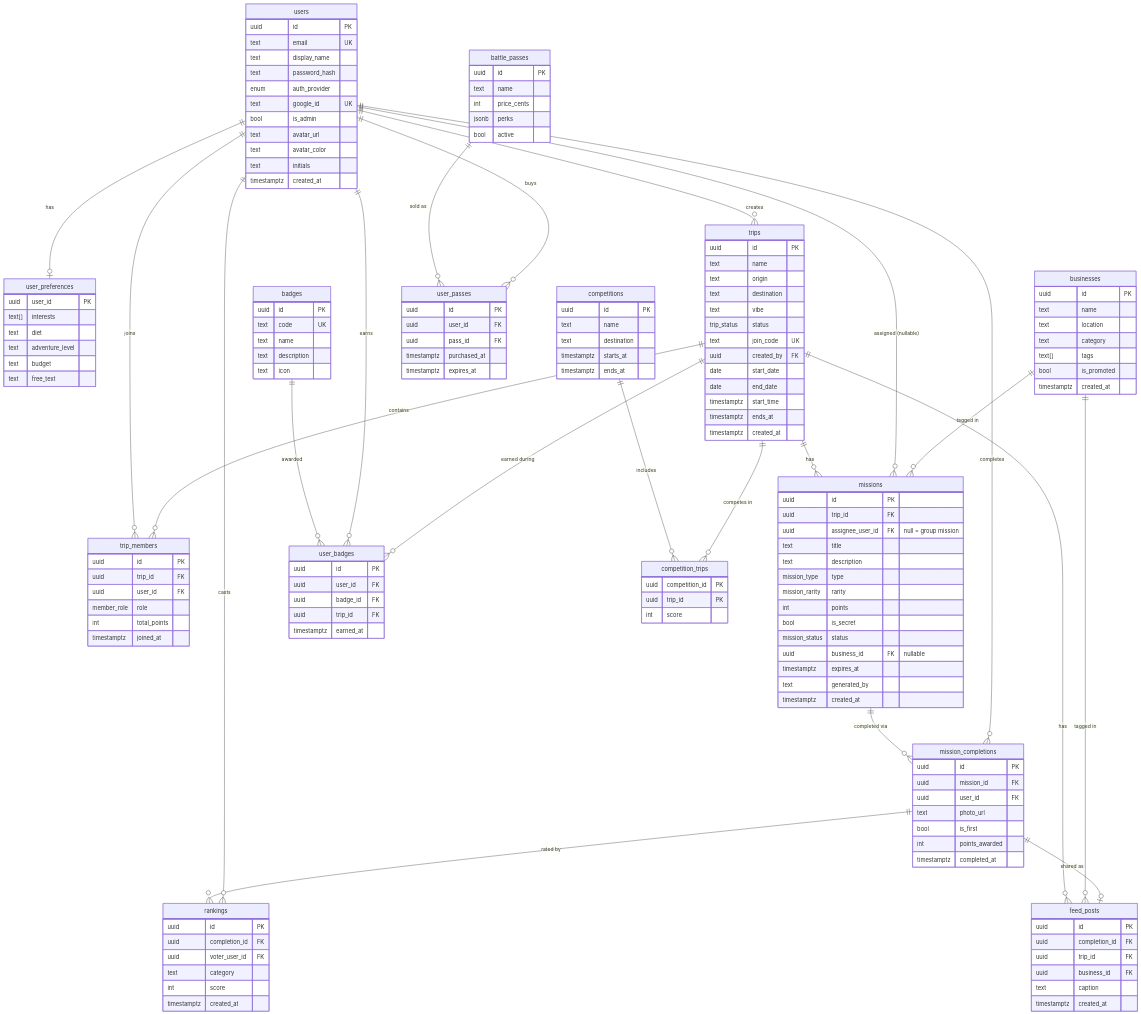
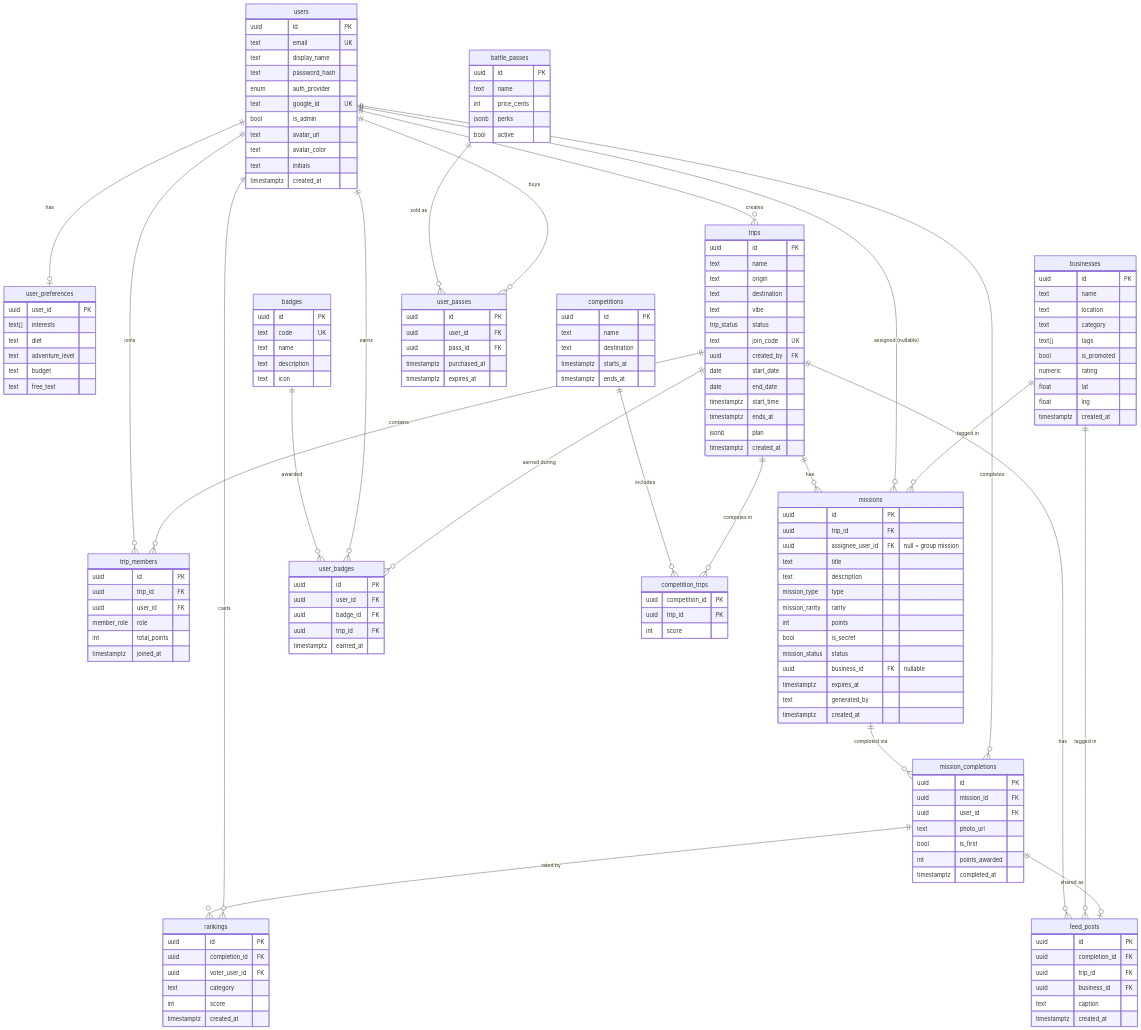
The diagram in DATABASE.md (IsraarHamid/sidequest), drawn with Mermaid before and after one commit. The commit also changed other lines of this file and 2 other files, not shown here.

Commit message:
Add ER diagram to README; commit supabase/schema.sql; sync DATABASE.md
- README: renderable Mermaid ER diagram of the full schema + links to schema.sql
- supabase/schema.sql: runnable Postgres schema (was untracked) for the SQL Editor
- DATABASE.md: add trips.plan (jsonb) and businesses rating/lat/lng for parity

```diff
--- a/DATABASE.md
+++ b/DATABASE.md
@@ -89,6 +89,7 @@
         date end_date
         timestamptz start_time
         timestamptz ends_at
+        jsonb plan
         timestamptz created_at
     }
     trip_members {
@@ -153,6 +154,9 @@
         text category
         text[] tags
         bool is_promoted
+        numeric rating
+        float lat
+        float lng
         timestamptz created_at
     }
     feed_posts {
```
